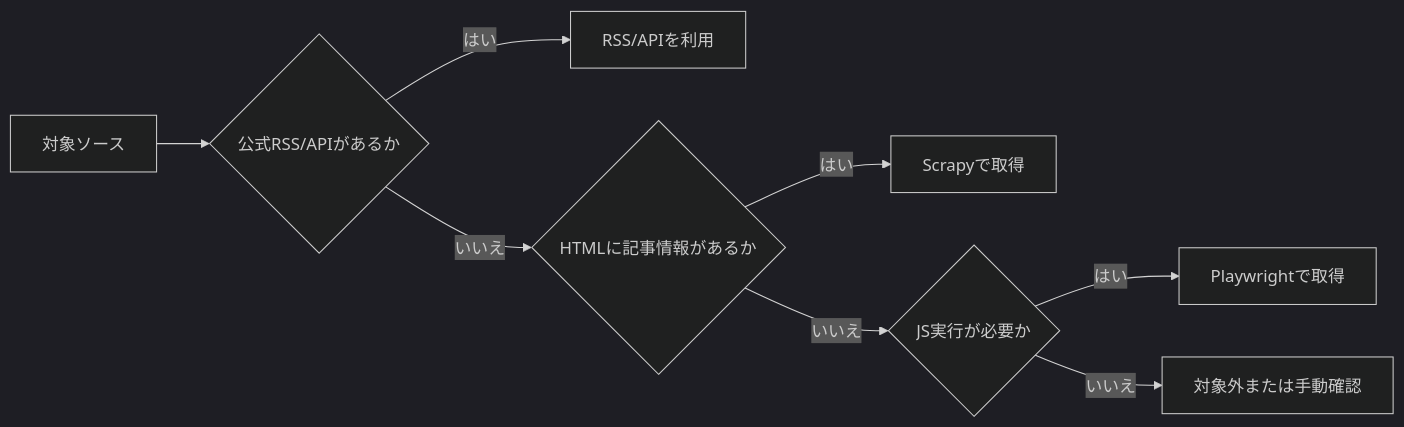
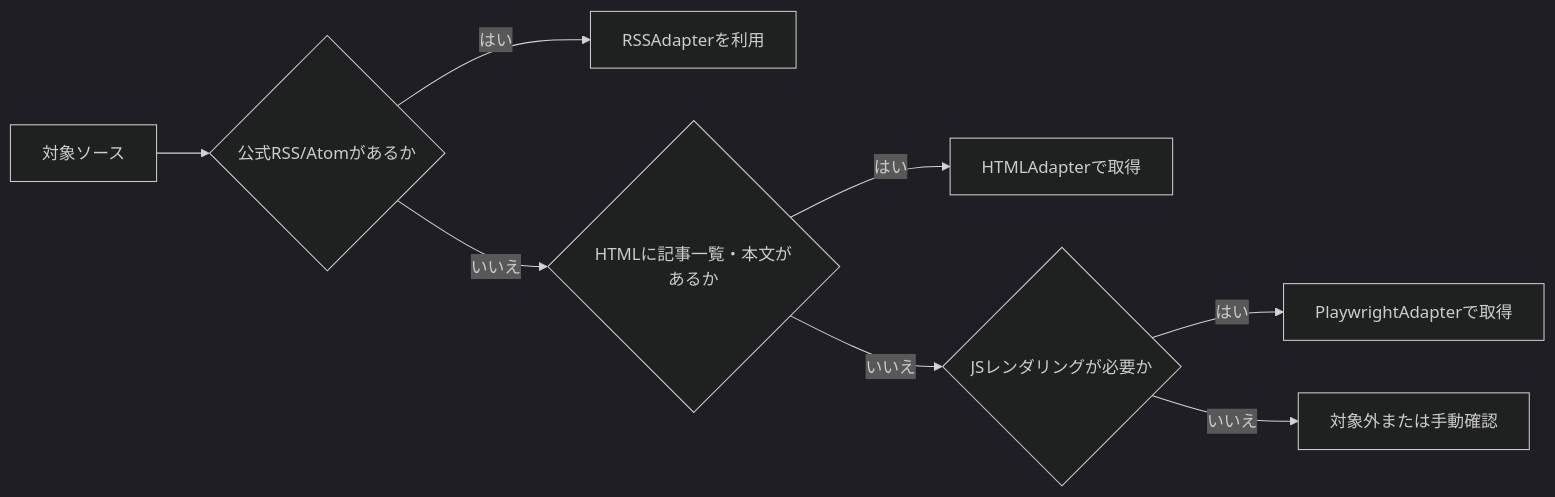
Before and after one commit to norizou/news_crawler: the second of 3 diagrams in Idea_memo.md, drawn with Mermaid (dark theme). The commit also changed other lines of this file, not shown here.

````diff
--- a/Idea_memo.md
+++ b/Idea_memo.md
@@ -50,10 +78,10 @@
 ```mermaid
 flowchart LR
-    U[対象ソース] --> Q{公式RSS/APIがあるか}
-    Q -->|はい| R[RSS/APIを利用]
-    Q -->|いいえ| H{HTMLに記事情報があるか}
-    H -->|はい| S[Scrapyで取得]
-    H -->|いいえ| J{JS実行が必要か}
-    J -->|はい| P[Playwrightで取得]
+    U[対象ソース] --> Q{公式RSS/Atomがあるか}
+    Q -->|はい| R[RSSAdapterを利用]
+    Q -->|いいえ| H{HTMLに記事一覧・本文があるか}
+    H -->|はい| S[HTMLAdapterで取得]
+    H -->|いいえ| J{JSレンダリングが必要か}
+    J -->|はい| P[PlaywrightAdapterで取得]
     J -->|いいえ| X[対象外または手動確認]
 ```
````
